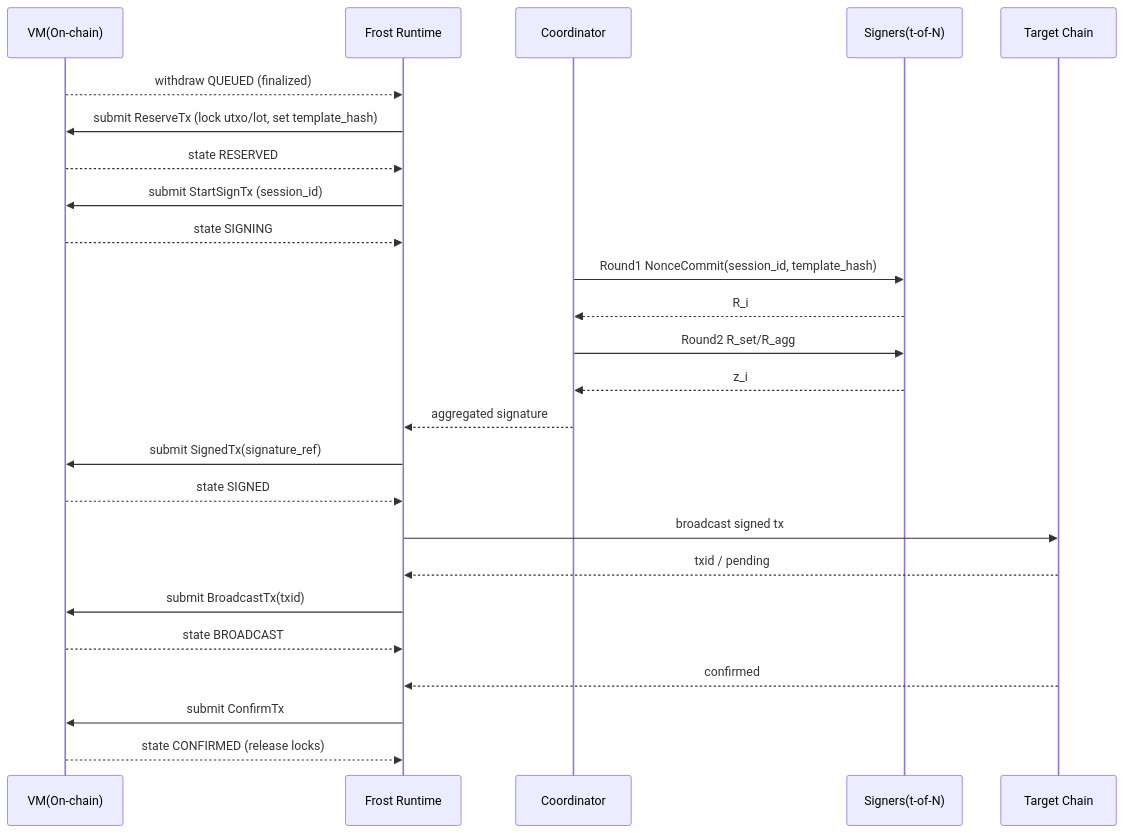
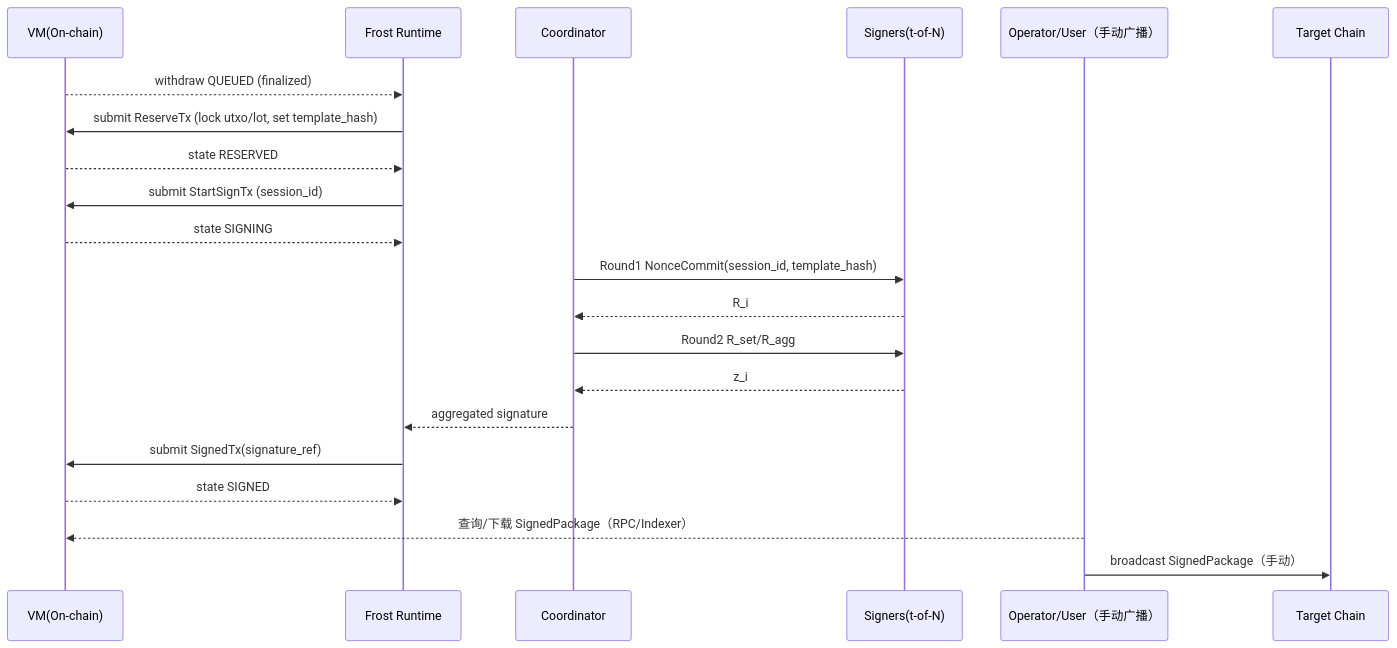
Before and after one commit to davidLeeeeeeeeeeee/dex: the fourth of 4 diagrams in frost/design_v2.md, drawn with Mermaid. The commit also changed other lines of this file and 2 other files, not shown here.

````diff
--- a/frost/design_v2.md
+++ b/frost/design_v2.md
@@ -617,30 +630,26 @@
 ```mermaid
 sequenceDiagram
   participant VM as VM(On-chain)
   participant RT as Frost Runtime
   participant CO as Coordinator
   participant S as Signers(t-of-N)
+  participant OP as Operator/User（手动广播）
   participant CH as Target Chain
 
   VM-->>RT: withdraw QUEUED (finalized)
   RT->>VM: submit ReserveTx (lock utxo/lot, set template_hash)
   VM-->>RT: state RESERVED
   RT->>VM: submit StartSignTx (session_id)
   VM-->>RT: state SIGNING
 
   CO->>S: Round1 NonceCommit(session_id, template_hash)
   S-->>CO: R_i
   CO->>S: Round2 R_set/R_agg
   S-->>CO: z_i
   CO-->>RT: aggregated signature
 
   RT->>VM: submit SignedTx(signature_ref)
   VM-->>RT: state SIGNED
-  RT->>CH: broadcast signed tx
-  CH-->>RT: txid / pending
-  RT->>VM: submit BroadcastTx(txid)
-  VM-->>RT: state BROADCAST
-  CH-->>RT: confirmed
-  RT->>VM: submit ConfirmTx
-  VM-->>RT: state CONFIRMED (release locks)
+  OP-->>VM: 查询/下载 SignedPackage（RPC/Indexer）
+  OP->>CH: broadcast SignedPackage（手动）
 ```
````
